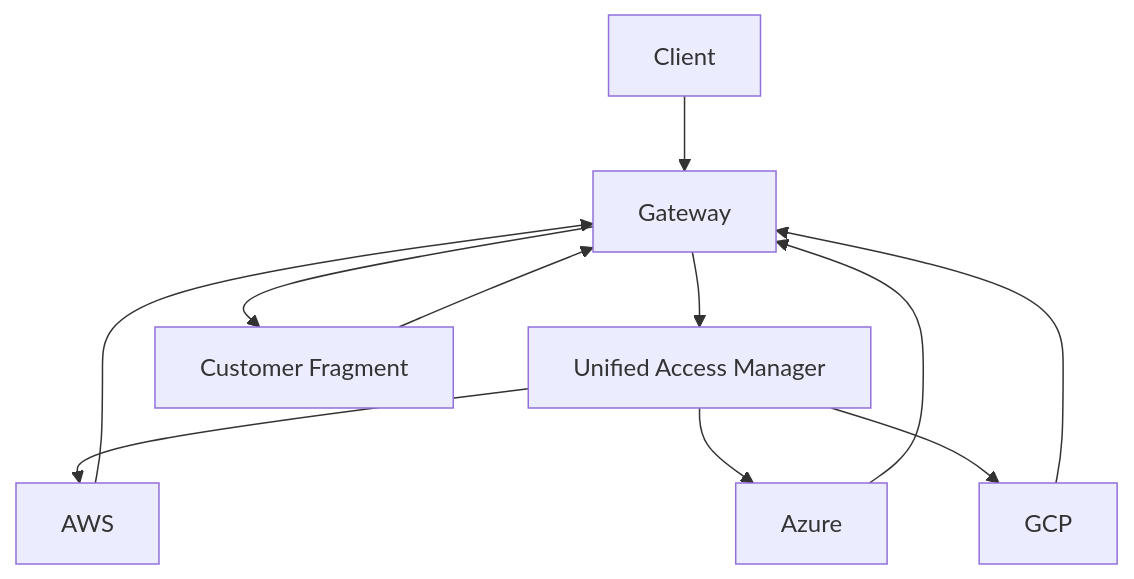
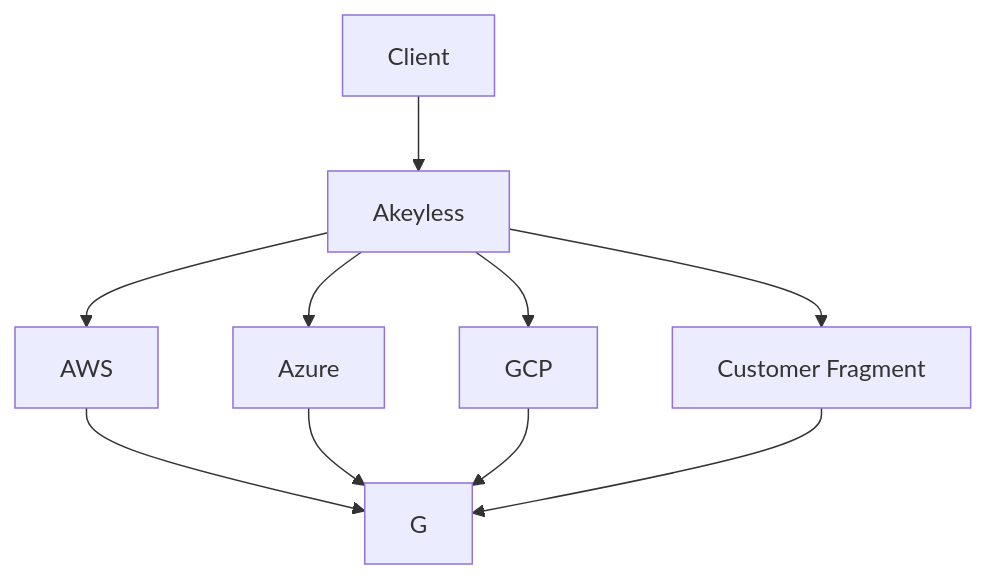
The diagram in docs/Getting Started/dfc-1.md (akeylesslabs/technical-documentation), drawn with Mermaid before and after one commit.

Commit message:
Update doc `dfc-1`

````diff
--- a/docs/Getting Started/dfc-1.md
+++ b/docs/Getting Started/dfc-1.md
@@ -51,14 +51,13 @@
 ```mermaid
 graph TD
-    C[Client] --> G[Gateway]
-    G --> U[Unified Access Manager]
+    C[Client] --> U[Akeyless]
     U --> K1[AWS]
     U --> K2[Azure]
     U --> K3[GCP]
-    G --> CF[Customer Fragment]
+    U --> CF[Customer Fragment]
     K1 --> G
     K2 --> G
     K3 --> G
     CF --> G
 
 ```
````
